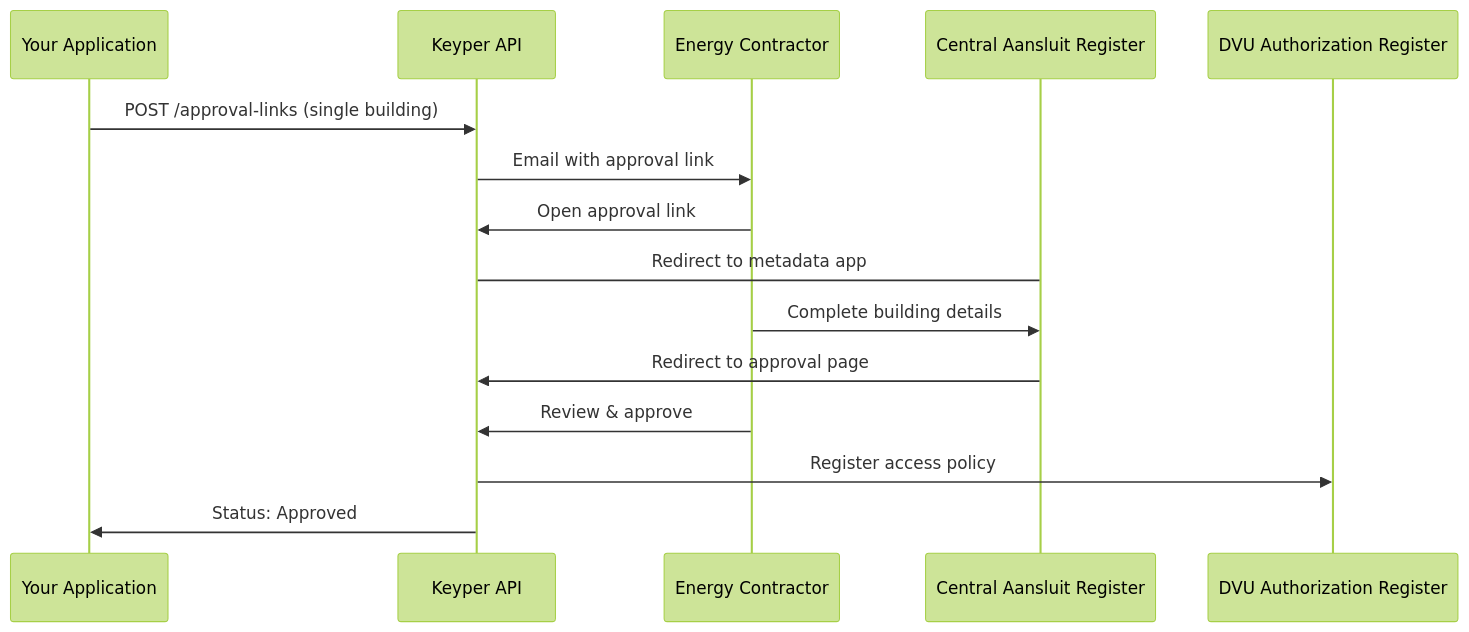
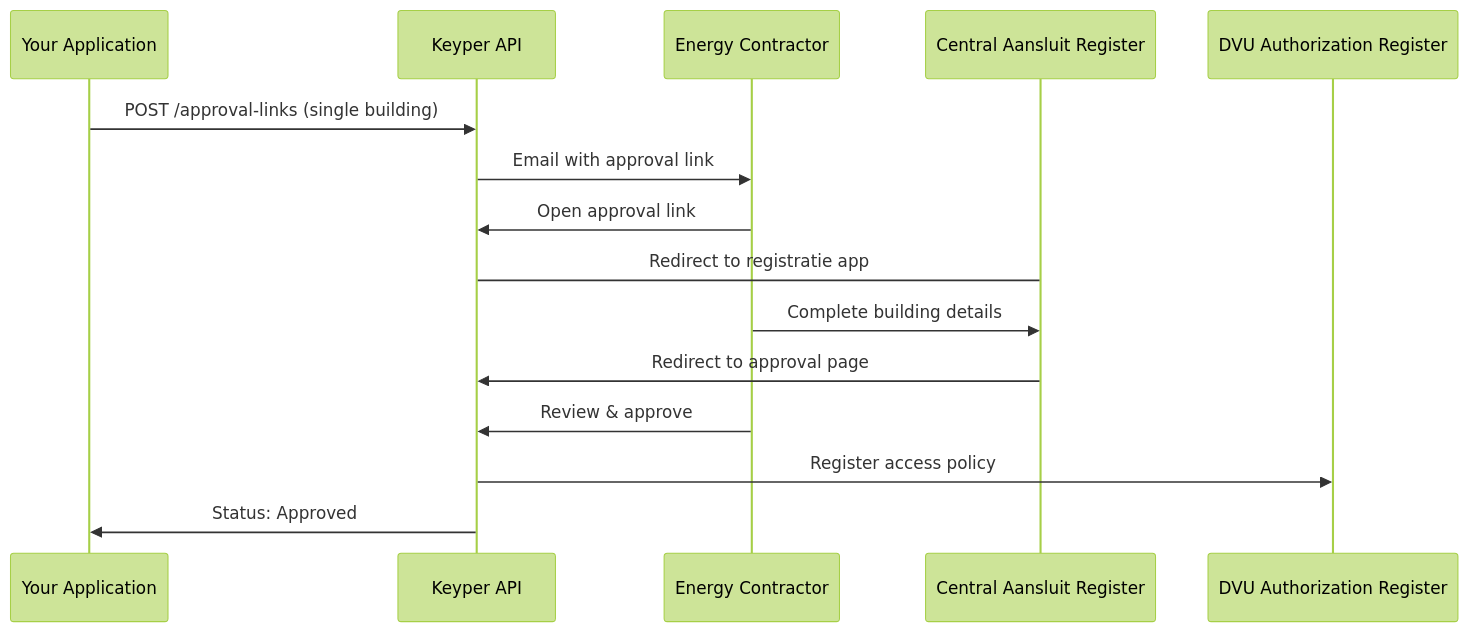
One commit to POORT8/Poort8.Docs changed the diagram in dvu/single-building.md. Above: the diagram before and after it, drawn with Mermaid (forest theme). The commit also changed 3 other files, not shown here.

````diff
--- a/dvu/single-building.md
+++ b/dvu/single-building.md
@@ -11,17 +11,17 @@
 ```mermaid
 sequenceDiagram
     participant App as Your Application
     participant Keyper as Keyper API
     participant EC as Energy Contractor
     participant CAR as Central Aansluit Register
     participant AR as DVU Authorization Register
     App->>Keyper: POST /approval-links (single building)
     Keyper->>EC: Email with approval link
     EC->>Keyper: Open approval link
-    Keyper->CAR: Redirect to metadata app
+    Keyper->CAR: Redirect to registratie app
     EC->>CAR: Complete building details
     CAR->>Keyper: Redirect to approval page
     EC->>Keyper: Review & approve
     Keyper->>AR: Register access policy
     Keyper->>App: Status: Approved
 ```
````
